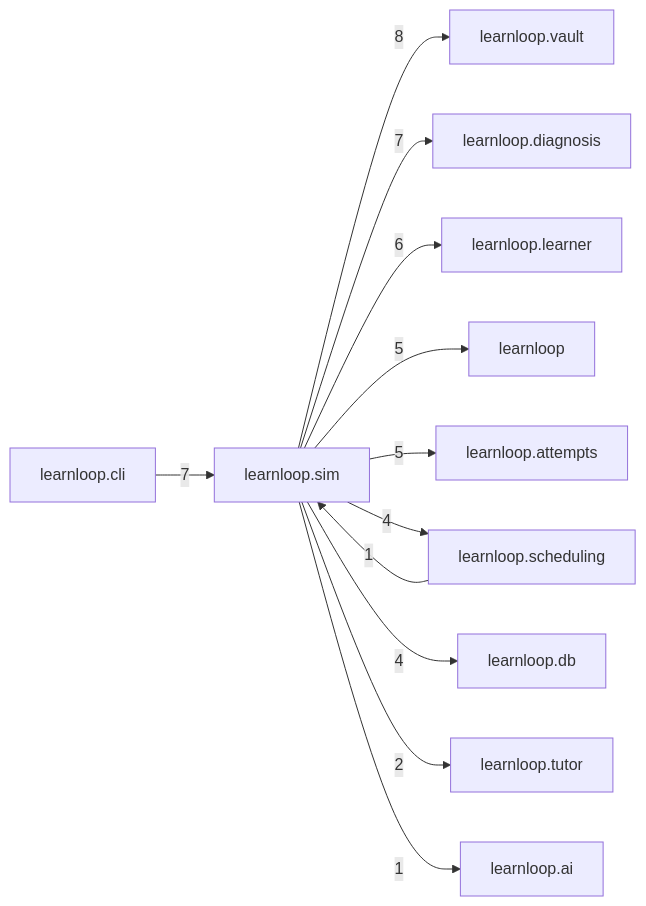
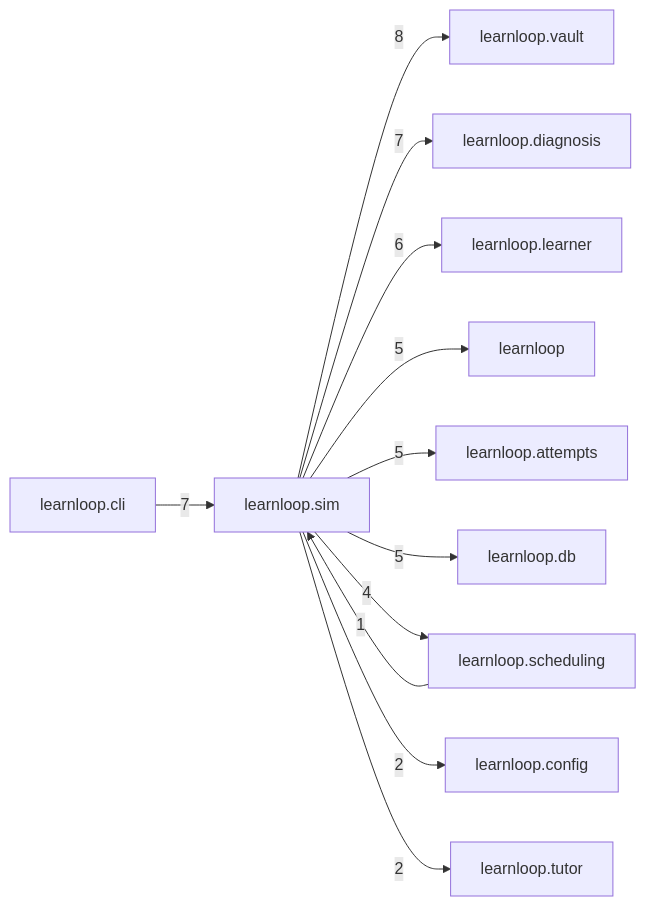
One commit to 6up-b/learnanything changed the diagram in docs/learnloop-architecture-vault/Reference/Modules/learnloop/sim/_package.md. Above: the diagram before and after it, drawn with Mermaid. The commit also changed other lines of this file and 338 other files, not shown here.

````diff
--- a/docs/learnloop-architecture-vault/Reference/Modules/learnloop/sim/_package.md
+++ b/docs/learnloop-architecture-vault/Reference/Modules/learnloop/sim/_package.md
@@ -95,25 +95,25 @@
 ```mermaid
 flowchart LR
     center["learnloop.sim"]
     n_learnloop_vault["learnloop.vault"]
     n_learnloop_cli["learnloop.cli"]
     n_learnloop_diagnosis["learnloop.diagnosis"]
     n_learnloop_learner["learnloop.learner"]
     n_learnloop["learnloop"]
     n_learnloop_attempts["learnloop.attempts"]
+    n_learnloop_db["learnloop.db"]
     n_learnloop_scheduling["learnloop.scheduling"]
-    n_learnloop_db["learnloop.db"]
+    n_learnloop_config["learnloop.config"]
     n_learnloop_tutor["learnloop.tutor"]
-    n_learnloop_ai["learnloop.ai"]
     center -->|8| n_learnloop_vault
     n_learnloop_cli -->|7| center
     center -->|7| n_learnloop_diagnosis
     center -->|6| n_learnloop_learner
     center -->|5| n_learnloop
     center -->|5| n_learnloop_attempts
+    center -->|5| n_learnloop_db
     n_learnloop_scheduling -->|1| center
     center -->|4| n_learnloop_scheduling
-    center -->|4| n_learnloop_db
+    center -->|2| n_learnloop_config
     center -->|2| n_learnloop_tutor
-    center -->|1| n_learnloop_ai
 ```
````
